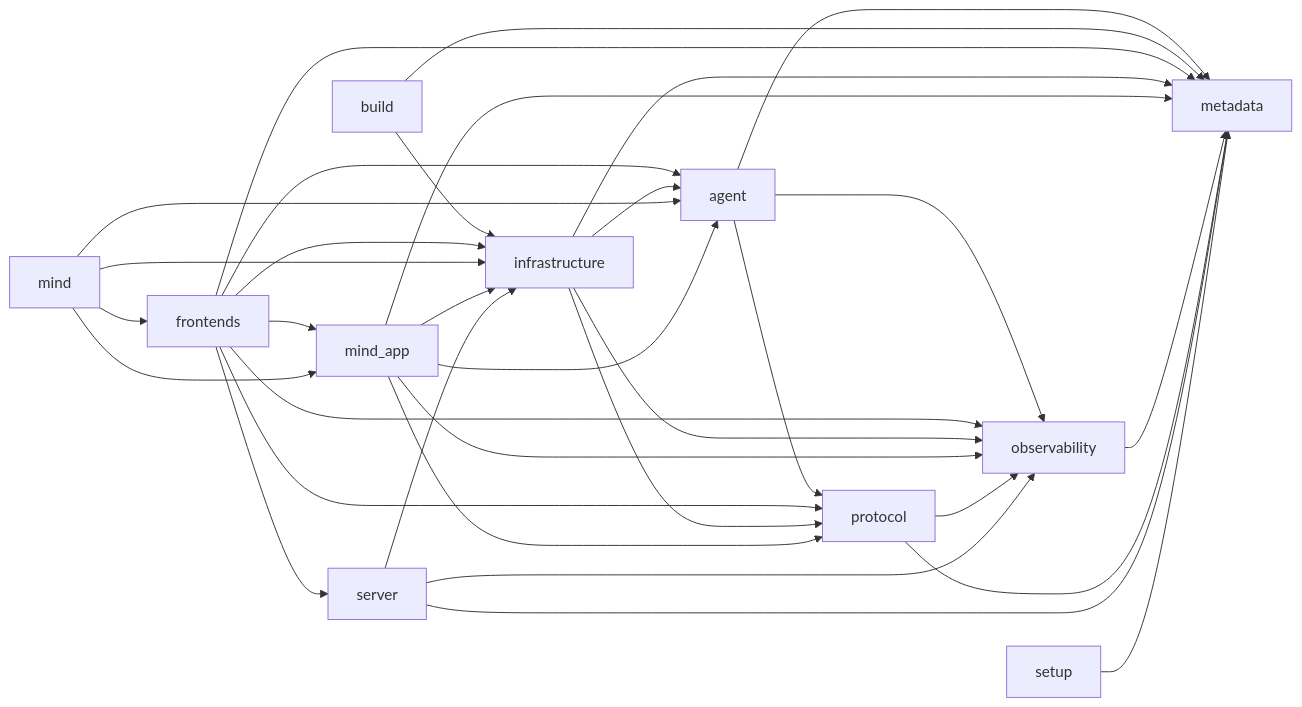
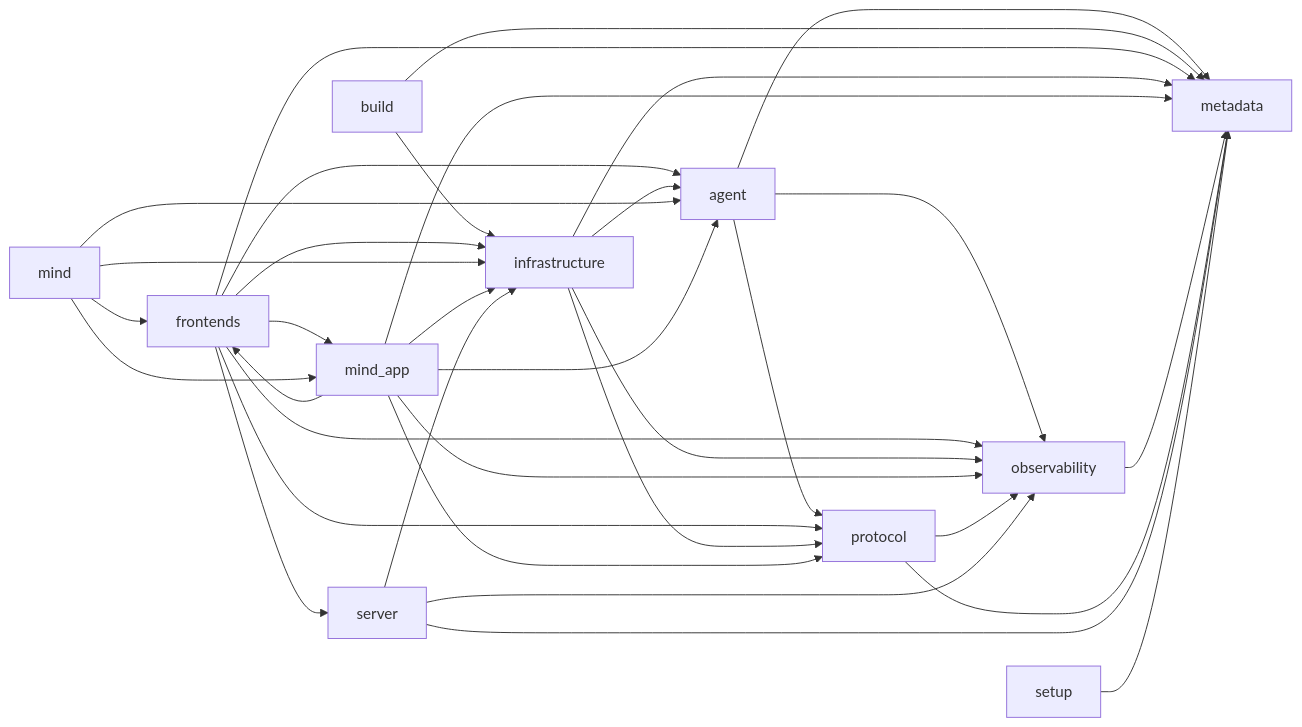
One commit to AxionixLabs/ProxyMind changed the diagram in AGENT_RUNTIME_IMPORT_GRAPH.md. Above: the diagram before and after it, drawn with Mermaid. The commit also changed other lines of this file and 23 other files, not shown here.

````diff
--- a/AGENT_RUNTIME_IMPORT_GRAPH.md
+++ b/AGENT_RUNTIME_IMPORT_GRAPH.md
@@ -15,35 +15,36 @@
 ```mermaid
 flowchart LR
     agent --> metadata
     agent --> observability
     agent --> protocol
     build --> infrastructure
     build --> metadata
     frontends --> agent
     frontends --> infrastructure
     frontends --> metadata
     frontends --> mind_app
     frontends --> observability
     frontends --> protocol
     frontends --> server
     infrastructure --> agent
     infrastructure --> metadata
     infrastructure --> observability
     infrastructure --> protocol
     mind --> agent
     mind --> frontends
     mind --> infrastructure
     mind --> mind_app
     mind_app --> agent
+    mind_app --> frontends
     mind_app --> infrastructure
     mind_app --> metadata
     mind_app --> observability
     mind_app --> protocol
     observability --> metadata
     protocol --> metadata
     protocol --> observability
     server --> infrastructure
     server --> metadata
     server --> observability
     setup --> metadata
 ```
````
